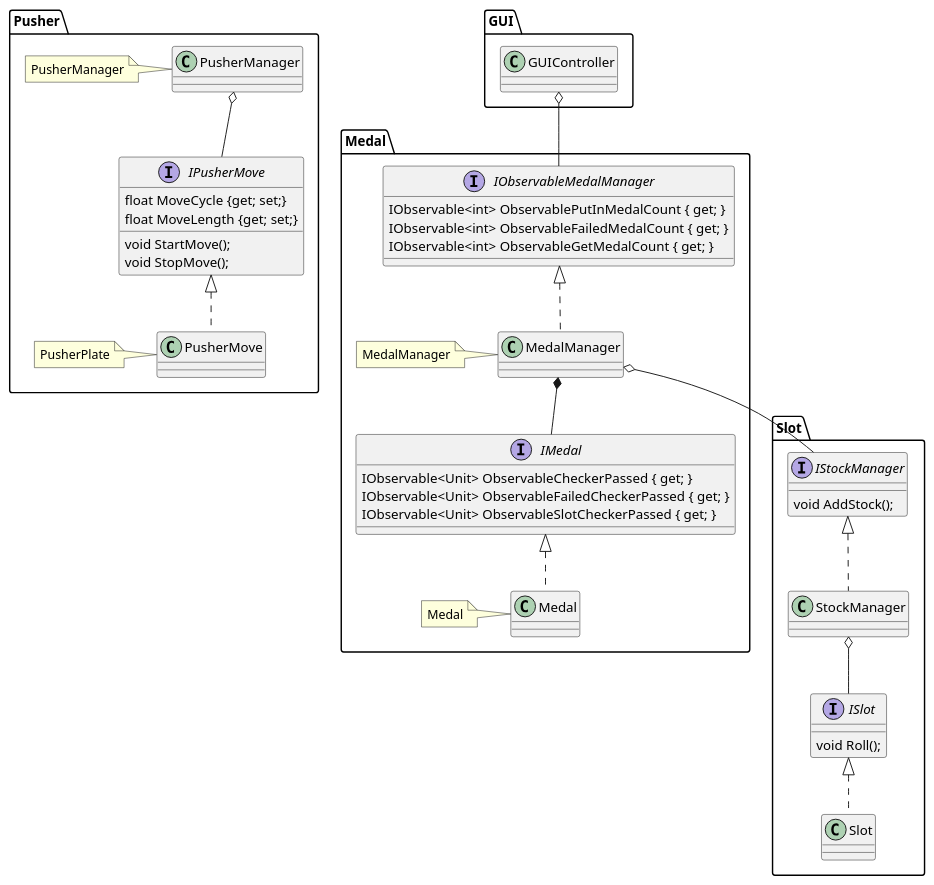
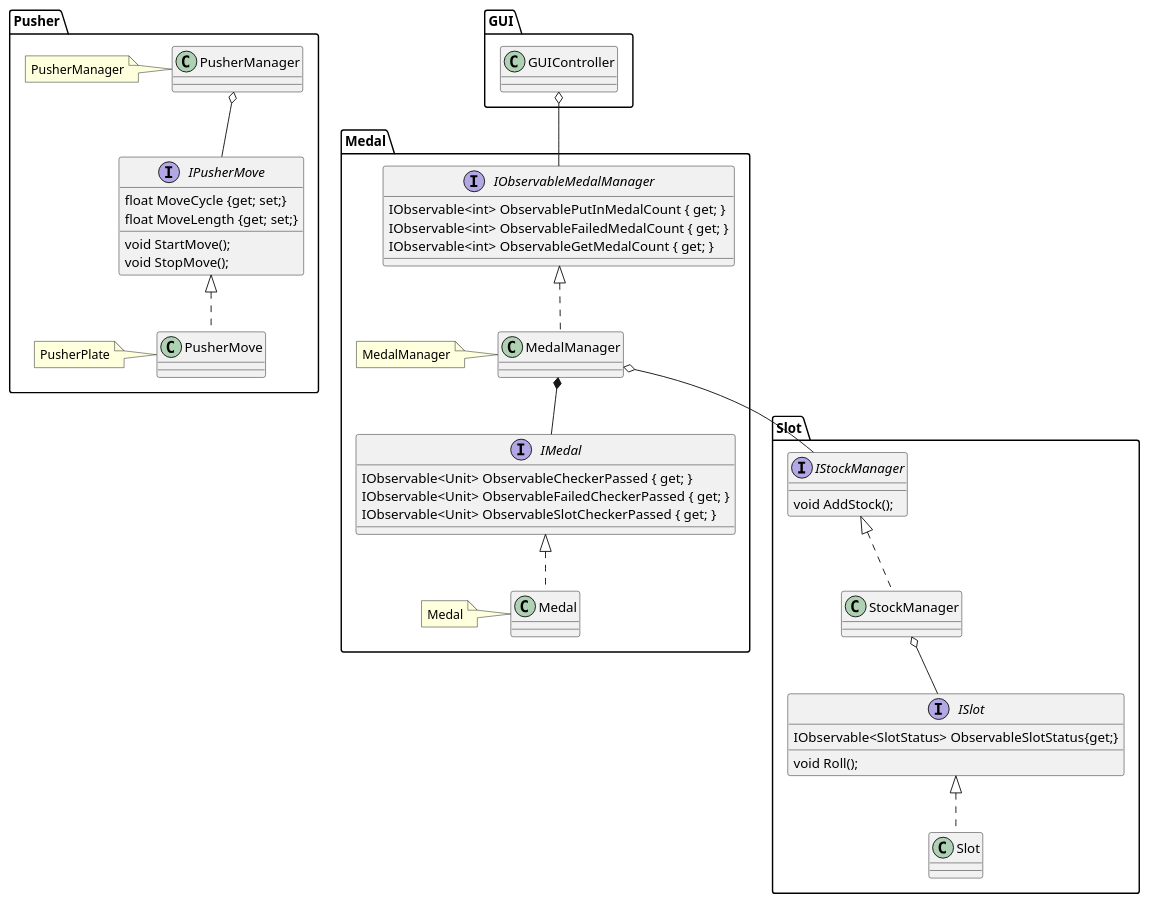
One commit to yutorisan/CoinPusherGame changed the diagram in Documents/ClassDiaglam.pu. Above: the diagram before and after it, drawn with PlantUML. The commit also changed 2 other files, not shown here.

```diff
--- a/Documents/ClassDiaglam.pu
+++ b/Documents/ClassDiaglam.pu
@@ -1,72 +1,73 @@
 @startuml MedalPusherGameClassDiaglam
 
 namespace Pusher{
 
     class PusherManager
     note left:PusherManager
 
     interface IPusherMove{
         void StartMove();
         void StopMove();
         float MoveCycle {get; set;}
         float MoveLength {get; set;}
     }
     class PusherMove
     note left : PusherPlate
 
     IPusherMove <|.. PusherMove
     PusherManager o-- IPusherMove
 }
 
 namespace Medal{
     interface IMedal{
 		IObservable<Unit> ObservableCheckerPassed { get; }
 		IObservable<Unit> ObservableFailedCheckerPassed { get; }
 		IObservable<Unit> ObservableSlotCheckerPassed { get; }
     }
     class Medal
     note left : Medal
 
     IMedal <|.. Medal
 
     interface IObservableMedalManager{
         IObservable<int> ObservablePutInMedalCount { get; }
 		IObservable<int> ObservableFailedMedalCount { get; }
 		IObservable<int> ObservableGetMedalCount { get; }
     }
     class MedalManager
     note left : MedalManager
 
     IObservableMedalManager <|.. MedalManager
 
     MedalManager *-- IMedal
 }
 
 namespace GUI{
     class GUIController
 }
 
 namespace Slot{
 
     interface ISlot{
         void Roll();
+        IObservable<SlotStatus> ObservableSlotStatus{get;}
     }
     class Slot
 
     ISlot <|.. Slot
 
     interface IStockManager{
         void AddStock();
     }
     class StockManager
 
     IStockManager <|.. StockManager
 
     StockManager o-- ISlot
 }
 
 GUI.GUIController o-- Medal.IObservableMedalManager
 
 Medal.MedalManager o-- Slot.IStockManager
 
 @enduml
```
